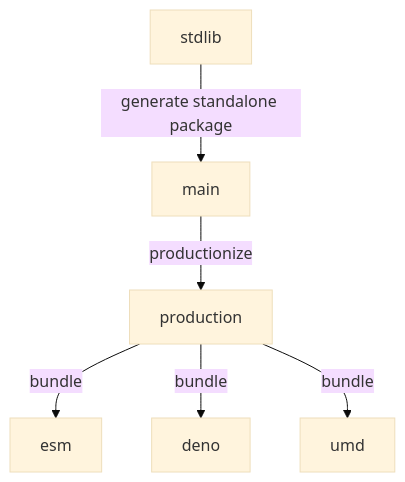
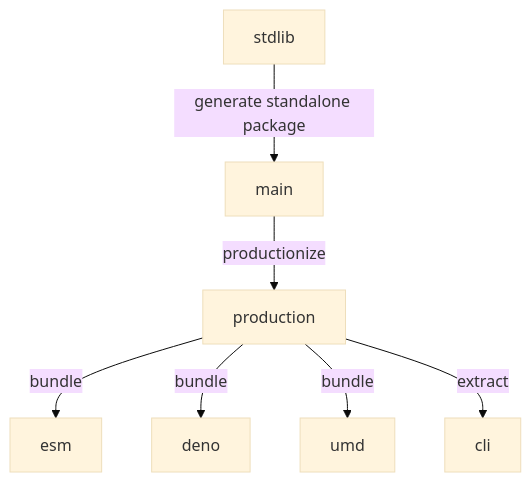
The diagram in branches.md (stdlib-js/string-left-trim), drawn with Mermaid (base theme) before and after one commit. The commit also changed other lines of this file and 8 other files, not shown here.

````diff
--- a/branches.md
+++ b/branches.md
@@ -33,15 +34,17 @@
 ```mermaid
 graph TD;
 A[stdlib]-->|generate standalone package|B;
 B[main] -->|productionize| C[production];
 C -->|bundle| D[esm];
 C -->|bundle| E[deno];
 C -->|bundle| F[umd];
+C -->|extract| G[cli];
 
-click A href "https://github.com/stdlib-js/stdlib/tree/develop/lib/node_modules/%40stdlib/string/left-trim"
-click B href "https://github.com/stdlib-js/string-left-trim/tree/main"
-click C href "https://github.com/stdlib-js/string-left-trim/tree/production"
-click D href "https://github.com/stdlib-js/string-left-trim/tree/esm"
-click E href "https://github.com/stdlib-js/string-left-trim/tree/deno"
-click F href "https://github.com/stdlib-js/string-left-trim/tree/umd"
+%% click A href "https://github.com/stdlib-js/stdlib/tree/develop/lib/node_modules/%40stdlib/string/left-trim"
+%% click B href "https://github.com/stdlib-js/string-left-trim/tree/main"
+%% click C href "https://github.com/stdlib-js/string-left-trim/tree/production"
+%% click D href "https://github.com/stdlib-js/string-left-trim/tree/esm"
+%% click E href "https://github.com/stdlib-js/string-left-trim/tree/deno"
+%% click F href "https://github.com/stdlib-js/string-left-trim/tree/umd"
+%% click G href "https://github.com/stdlib-js/string-left-trim/tree/cli"
 ```
````
